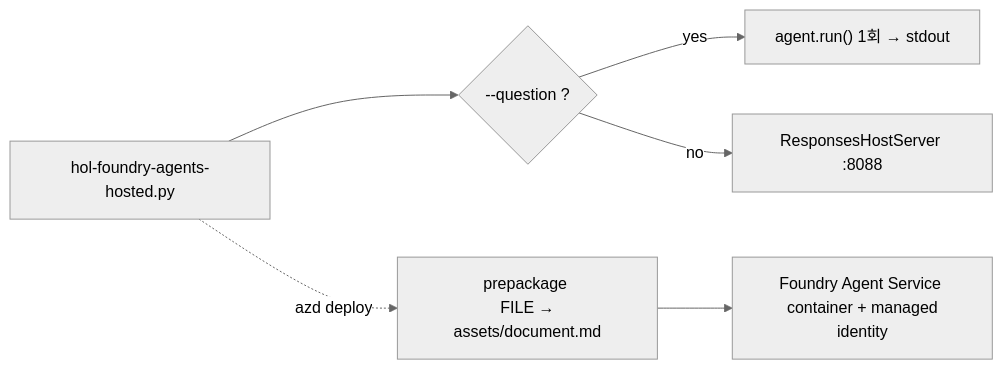
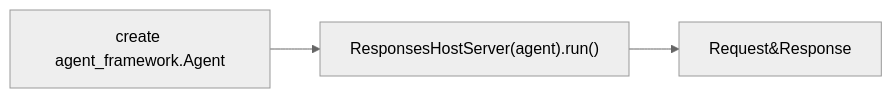
One commit to ivorycloud1013/lab-azure-hol-ai-services changed the eighth of 8 diagrams in python/README.md. Above: the diagram before and after it, drawn with Mermaid. The commit also changed other lines of this file and 8 other files, not shown here.

````diff
--- a/python/README.md
+++ b/python/README.md
@@ -341,8 +313,5 @@
 ```mermaid
 %%{init: {"theme": "neutral"}}%%
 flowchart LR
-    SRC["hol-foundry-agents-hosted.py"] --> Q{"--question ?"}
-    Q -- yes --> ONE["agent.run() 1회 → stdout"]
-    Q -- no --> SRV["ResponsesHostServer :8088"]
-    SRC -. "azd deploy" .-> PKG["prepackage <br/> FILE → assets/document.md"] --> HOST["Foundry Agent Service <br/> container + managed identity"]
+    SRC["create agent_framework.Agent"] --> START["ResponsesHostServer(agent).run()"] --> OUTPUT["Request&Response"]
 ```
````
